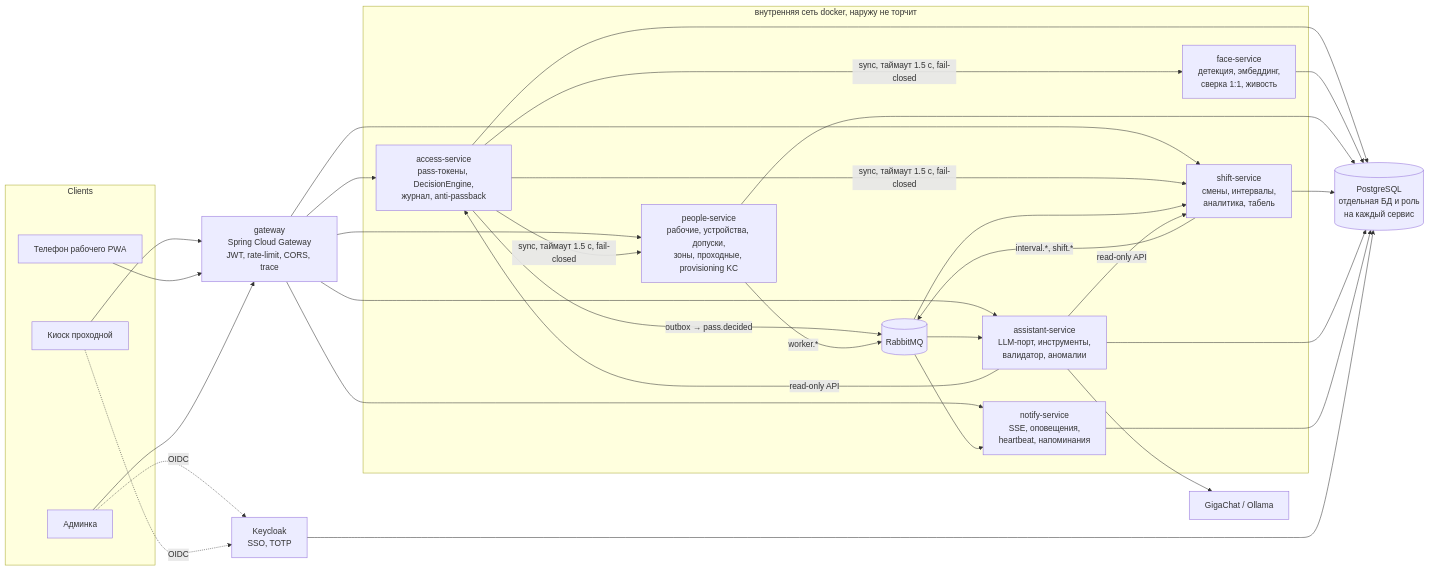
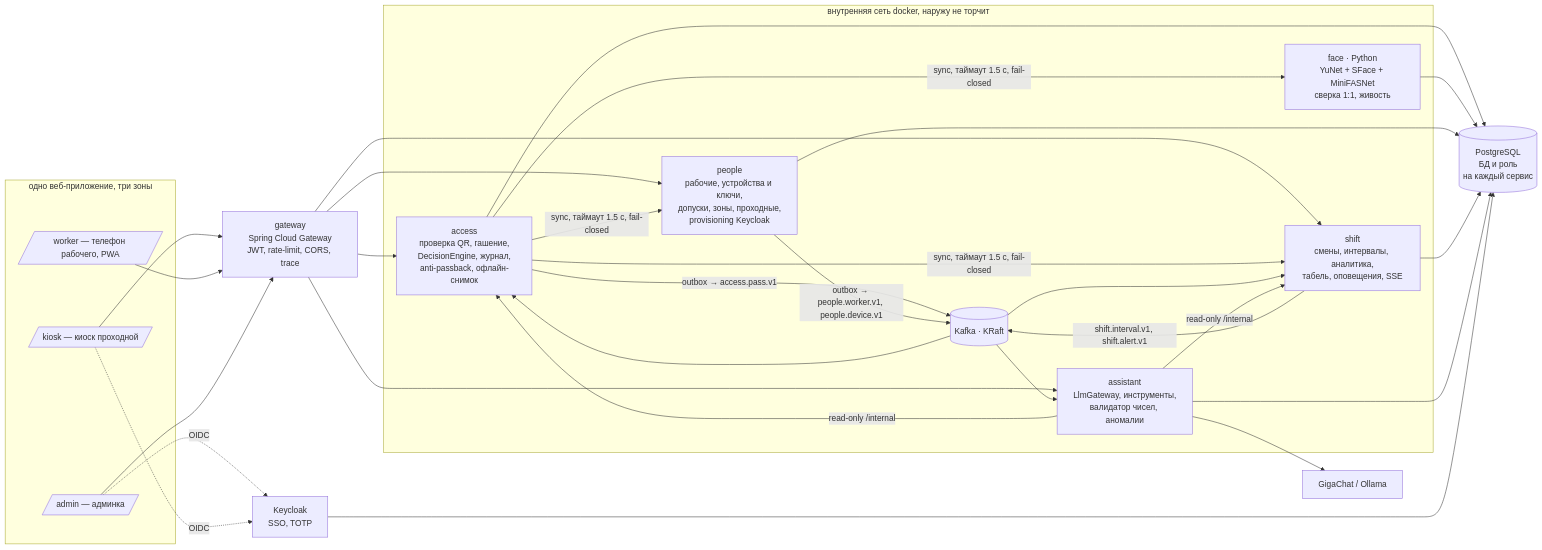
Before and after one commit to Digital-Hustle/sber-hack: the first of 3 diagrams in proxodnaya/docs/ARCHITECTURE.md, drawn with Mermaid. The commit also changed other lines of this file and 23 other files, not shown here.

Commit message:
feat(proxodnaya): Kafka, Python face, офлайн-QR, Gradle/Liquibase/jOOQ, 6 сервисов (ADR-020..030)

````diff
--- a/proxodnaya/docs/ARCHITECTURE.md
+++ b/proxodnaya/docs/ARCHITECTURE.md
@@ -4,33 +4,32 @@
 ```mermaid
 flowchart LR
-  subgraph Clients
-    K[Киоск проходной]
-    W[Телефон рабочего PWA]
-    A[Админка]
+  subgraph Clients[одно веб-приложение, три зоны]
+    K[/kiosk — киоск проходной/]
+    W[/worker — телефон рабочего, PWA/]
+    A[/admin — админка/]
   end
   KC[Keycloak<br/>SSO, TOTP]
   GW[gateway<br/>Spring Cloud Gateway<br/>JWT, rate-limit, CORS, trace]
   subgraph Internal[внутренняя сеть docker, наружу не торчит]
-    ACC[access-service<br/>pass-токены, DecisionEngine,<br/>журнал, anti-passback]
-    FACE[face-service<br/>детекция, эмбеддинг,<br/>сверка 1:1, живость]
-    PPL[people-service<br/>рабочие, устройства, допуски,<br/>зоны, проходные, provisioning KC]
-    SH[shift-service<br/>смены, интервалы,<br/>аналитика, табель]
-    AS[assistant-service<br/>LLM-порт, инструменты,<br/>валидатор, аномалии]
-    NT[notify-service<br/>SSE, оповещения,<br/>heartbeat, напоминания]
-    MQ[(RabbitMQ)]
+    ACC[access<br/>проверка QR, гашение,<br/>DecisionEngine, журнал,<br/>anti-passback, офлайн-снимок]
+    FACE[face · Python<br/>YuNet + SFace + MiniFASNet<br/>сверка 1:1, живость]
+    PPL[people<br/>рабочие, устройства и ключи,<br/>допуски, зоны, проходные,<br/>provisioning Keycloak]
+    SH[shift<br/>смены, интервалы, аналитика,<br/>табель, оповещения, SSE]
+    AS[assistant<br/>LlmGateway, инструменты,<br/>валидатор чисел, аномалии]
+    MQ[(Kafka · KRaft)]
   end
-  DB[(PostgreSQL<br/>отдельная БД и роль<br/>на каждый сервис)]
+  DB[(PostgreSQL<br/>БД и роль<br/>на каждый сервис)]
   LLM[GigaChat / Ollama]
   K & W & A --> GW
   A & K -. OIDC .-> KC
-  GW --> ACC & PPL & SH & AS & NT
+  GW --> ACC & PPL & SH & AS
   ACC -- sync, таймаут 1.5 с, fail-closed --> FACE & PPL & SH
-  ACC -- outbox → pass.decided --> MQ
-  PPL -- worker.* --> MQ
-  MQ --> SH & NT & AS
-  SH -- interval.*, shift.* --> MQ
-  AS -- read-only API --> SH & ACC
+  ACC -- outbox → access.pass.v1 --> MQ
+  PPL -- outbox → people.worker.v1, people.device.v1 --> MQ
+  MQ --> SH & AS & ACC
+  SH -- shift.interval.v1, shift.alert.v1 --> MQ
+  AS -- read-only /internal --> SH & ACC
   AS --> LLM
-  ACC & FACE & PPL & SH & AS & NT --> DB
+  ACC & FACE & PPL & SH & AS --> DB
   KC --> DB
 ```
````
